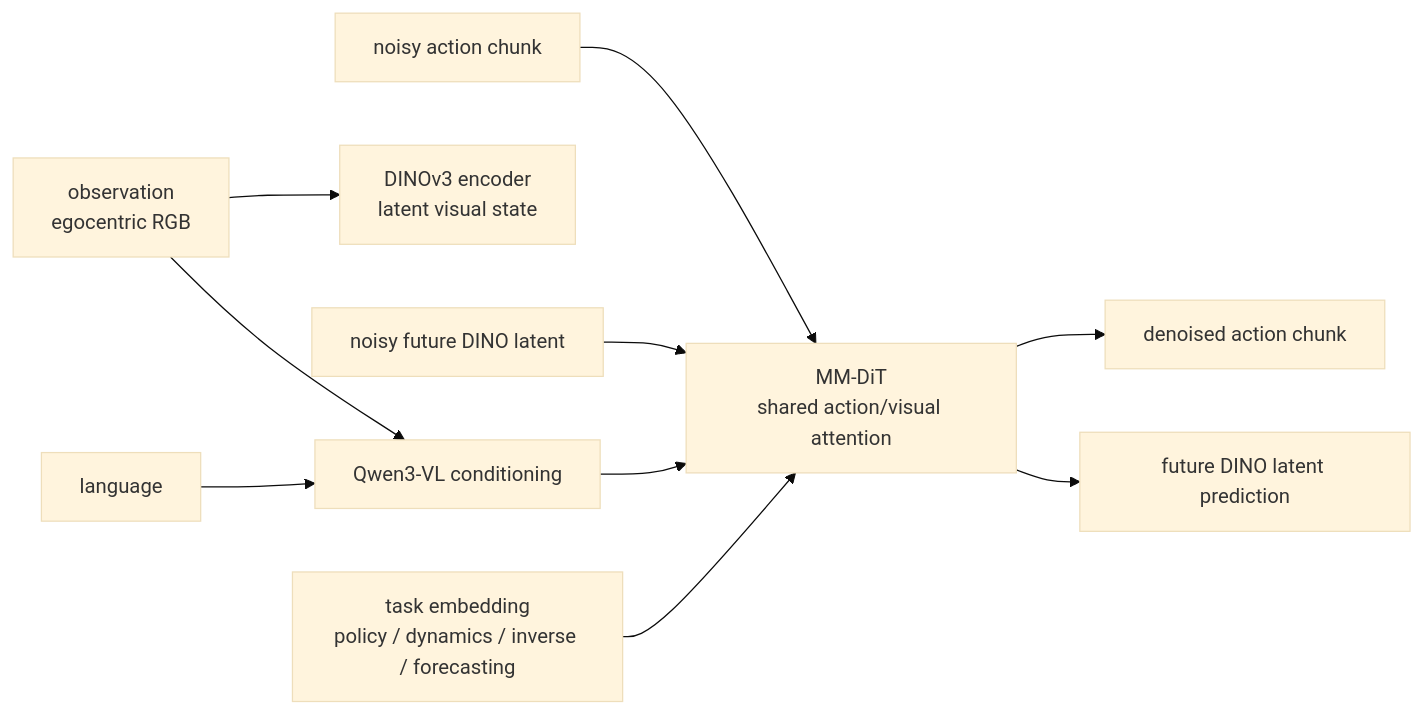
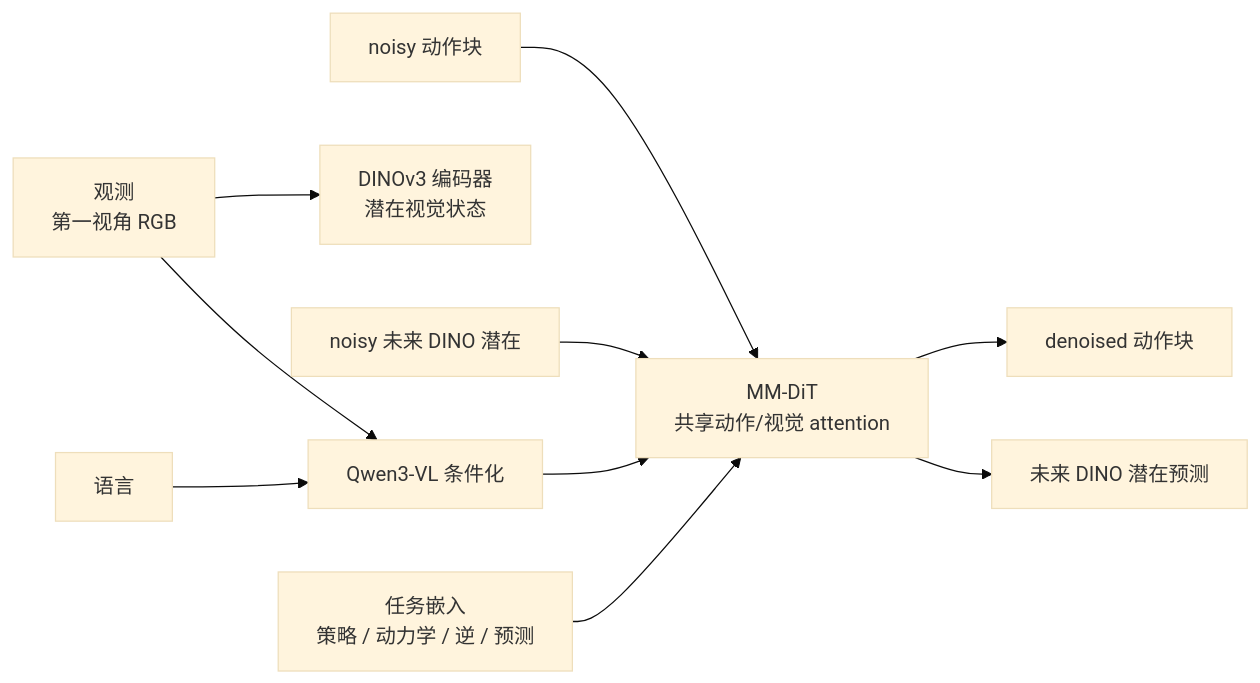
Before and after one commit to niuverse/llm-wiki: the diagram in wiki/entities/LDA1B.md, drawn with Mermaid (base theme). The commit also changed other lines of this file and 123 other files, not shown here.

````diff
--- a/wiki/entities/LDA1B.md
+++ b/wiki/entities/LDA1B.md
@@ -19,12 +19,12 @@
 ```mermaid
 flowchart LR
-  O["observation<br/>egocentric RGB"] --> V["Qwen3-VL conditioning"]
-  L["language"] --> V
-  O --> D["DINOv3 encoder<br/>latent visual state"]
-  A["noisy action chunk"] --> M["MM-DiT<br/>shared action/visual attention"]
-  Z["noisy future DINO latent"] --> M
+  O["观测<br/>第一视角 RGB"] --> V["Qwen3-VL 条件化"]
+  L["语言"] --> V
+  O --> D["DINOv3 编码器<br/>潜在视觉状态"]
+  A["noisy 动作块"] --> M["MM-DiT<br/>共享动作/视觉 attention"]
+  Z["noisy 未来 DINO 潜在"] --> M
   V --> M
-  T["task embedding<br/>policy / dynamics / inverse / forecasting"] --> M
-  M --> AO["denoised action chunk"]
-  M --> ZO["future DINO latent prediction"]
+  T["任务嵌入<br/>策略 / 动力学 / 逆 / 预测"] --> M
+  M --> AO["denoised 动作块"]
+  M --> ZO["未来 DINO 潜在预测"]
 ```
````
